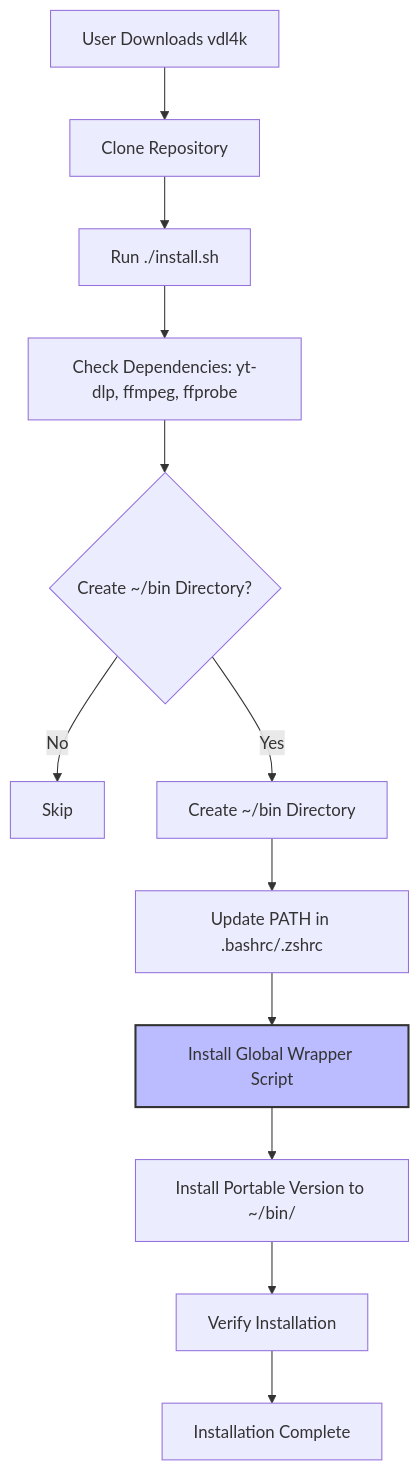
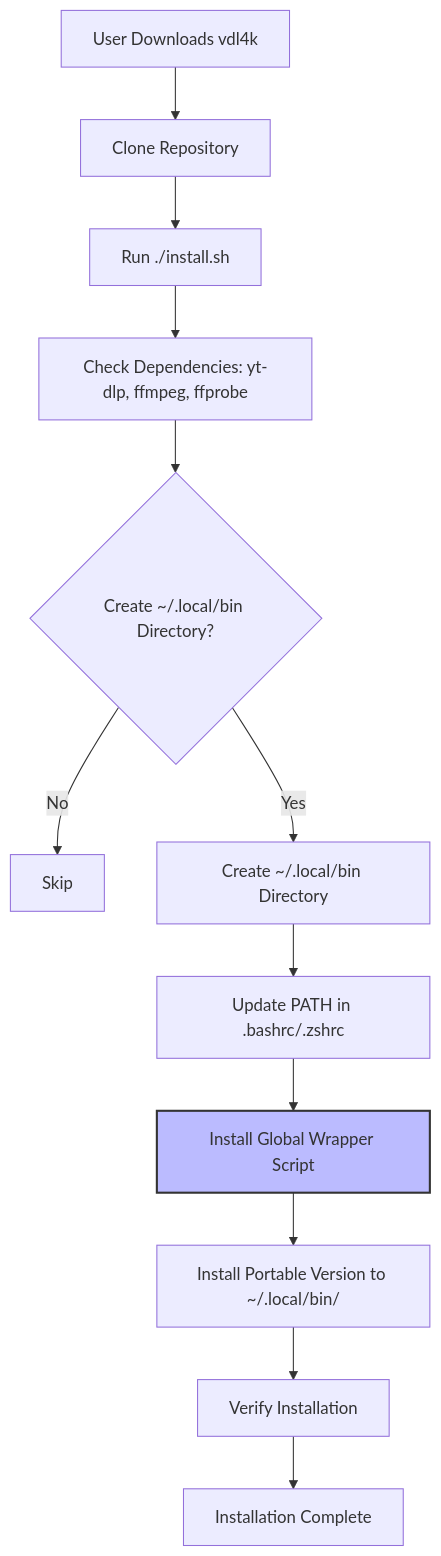
The third of 5 diagrams in FLOWCHART.md (vailuc/vdl4k), drawn with Mermaid before and after one commit. The commit also changed 3 other files, not shown here.

````diff
--- a/FLOWCHART.md
+++ b/FLOWCHART.md
@@ -116,16 +116,16 @@
 ```mermaid
 graph TD
     A[User Downloads vdl4k] --> B[Clone Repository]
     B --> C[Run ./install.sh]
     C --> D[Check Dependencies: yt-dlp, ffmpeg, ffprobe]
-    D --> E{Create ~/bin Directory?}
+    D --> E{Create ~/.local/bin Directory?}
     E -->|No| F[Skip]
-    E -->|Yes| G[Create ~/bin Directory]
+    E -->|Yes| G[Create ~/.local/bin Directory]
     G --> H[Update PATH in .bashrc/.zshrc]
     H --> I[Install Global Wrapper Script]
-    I --> J[Install Portable Version to ~/bin/]
+    I --> J[Install Portable Version to ~/.local/bin/]
     J --> K[Verify Installation]
     K --> L[Installation Complete]
 
     style I fill:#bbf,stroke:#333,stroke-width:2px
 ```
````
